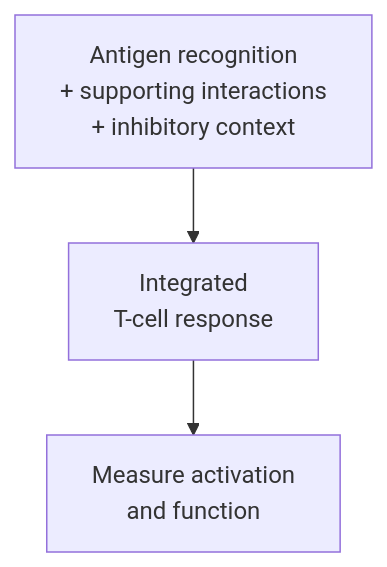
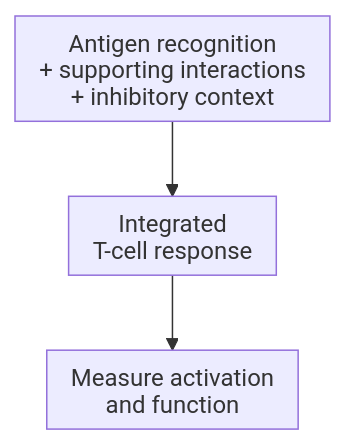
The diagram in wiki/education/concepts/immunology/t-cells/costimulation.md (jasonLaster/oncoguide), drawn with Mermaid before and after one commit. The commit also changed other lines of this file and 43 other files, not shown here.

Commit message:
education: sync engineered-cell curriculum and native diagram settings

````diff
--- a/wiki/education/concepts/immunology/t-cells/costimulation.md
+++ b/wiki/education/concepts/immunology/t-cells/costimulation.md
@@ -42,5 +42,6 @@
 ```mermaid
+%%{init: {"htmlLabels":false,"flowchart":{"htmlLabels":false,"padding":8,"nodeSpacing":25}}}%%
 flowchart TD
   A["Antigen recognition<br/>+ supporting interactions<br/>+ inhibitory context"] --> B["Integrated<br/>T-cell response"]
   B --> C["Measure activation<br/>and function"]
 ```
````
